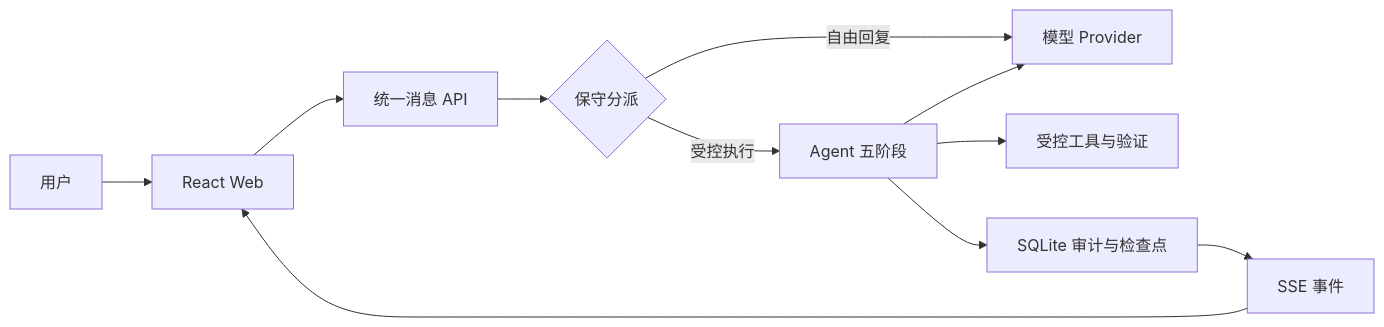
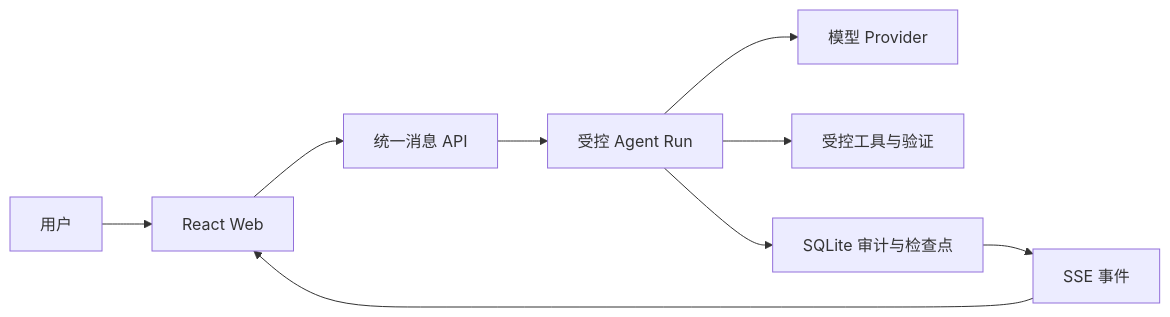
One commit to fuyao0612/gdaib-ctf-agent changed the diagram in README.md. Above: the diagram before and after it, drawn with Mermaid. The commit also changed other lines of this file and 16 other files, not shown here.

````diff
--- a/README.md
+++ b/README.md
@@ -223,13 +223,11 @@
 ```mermaid
 flowchart LR
     U["用户"] --> W["React Web"]
     W --> A["统一消息 API"]
-    A --> D{"保守分派"}
-    D -->|自由回复| P["模型 Provider"]
-    D -->|受控执行| G["Agent 五阶段"]
+    A --> G["受控 Agent Run"]
     G --> P["模型 Provider"]
     G --> T["受控工具与验证"]
     G --> S["SQLite 审计与检查点"]
     S --> E["SSE 事件"]
     E --> W
 ```
````
